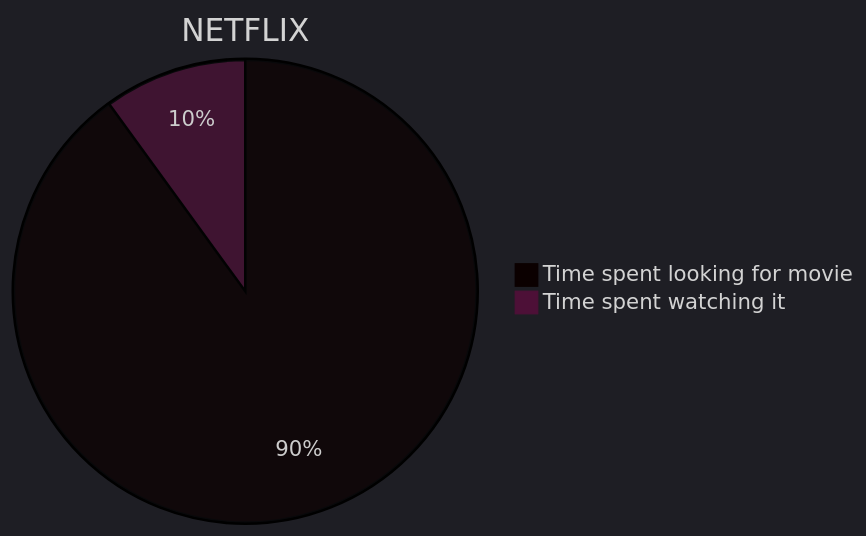
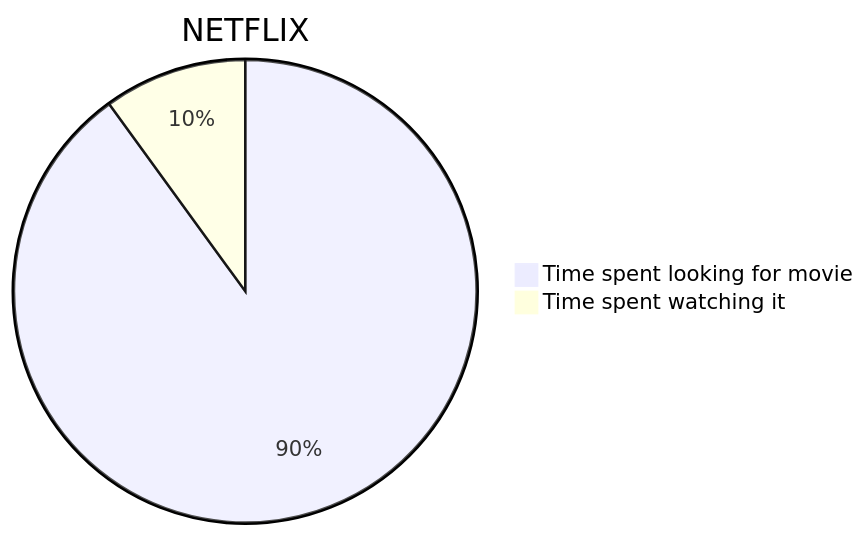
Before and after one commit to john-gitbook/mermaid: the diagram in merm.md, drawn with Mermaid.

````diff
--- a/merm.md
+++ b/merm.md
@@ -3,6 +3,6 @@
 ```mermaid
-%%{init: {'theme': 'dark', 'themeCSS': 'svg {background-color: black}'}}%%
+%%{init: {'themeCSS': 'svg {background-color: black}'}}%%
 pie title NETFLIX
          "Time spent looking for movie" : 90
          "Time spent watching it" : 10
 ```
````
